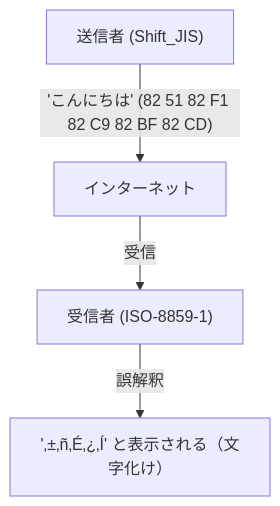
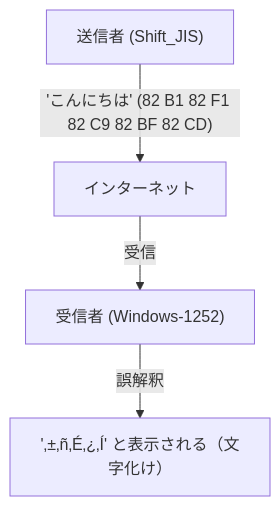
One commit to kenjinote/blog changed the first of 2 diagrams in content/post/history-of-unicode-encoding/index.md. Above: the diagram before and after it, drawn with Mermaid. The commit also changed other lines of this file and 28 other files, not shown here.

````diff
--- a/content/post/history-of-unicode-encoding/index.md
+++ b/content/post/history-of-unicode-encoding/index.md
@@ -34,6 +35,6 @@
 ```mermaid
 graph TD
-    A["送信者 (Shift_JIS)"] -- "'こんにちは' (82 51 82 F1 82 C9 82 BF 82 CD)" --> B["インターネット"]
-    B -- "受信" --> C["受信者 (ISO-8859-1)"]
+    A["送信者 (Shift_JIS)"] -- "'こんにちは' (82 B1 82 F1 82 C9 82 BF 82 CD)" --> B["インターネット"]
+    B -- "受信" --> C["受信者 (Windows-1252)"]
     C -- "誤解釈" --> D["'‚±‚ñ‚É‚¿‚Í' と表示される（文字化け）"]
 ```
````
